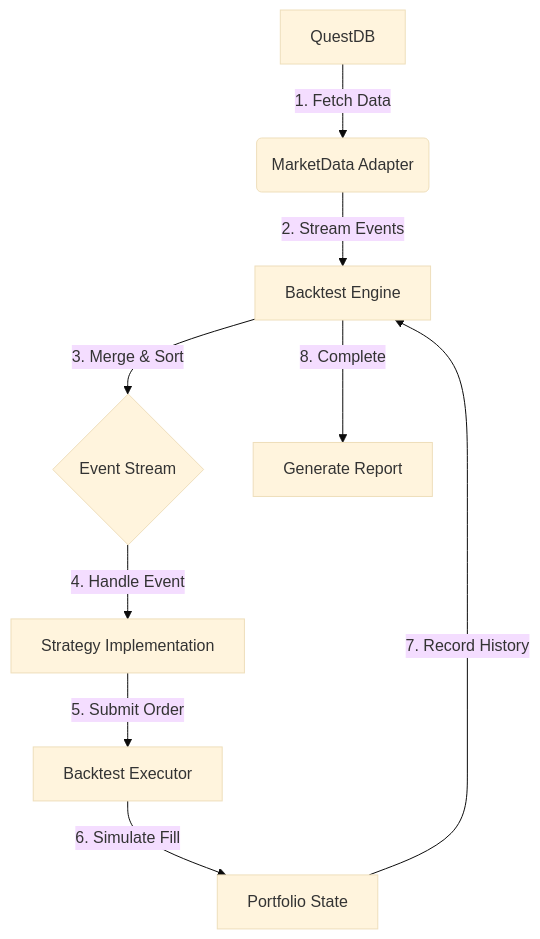
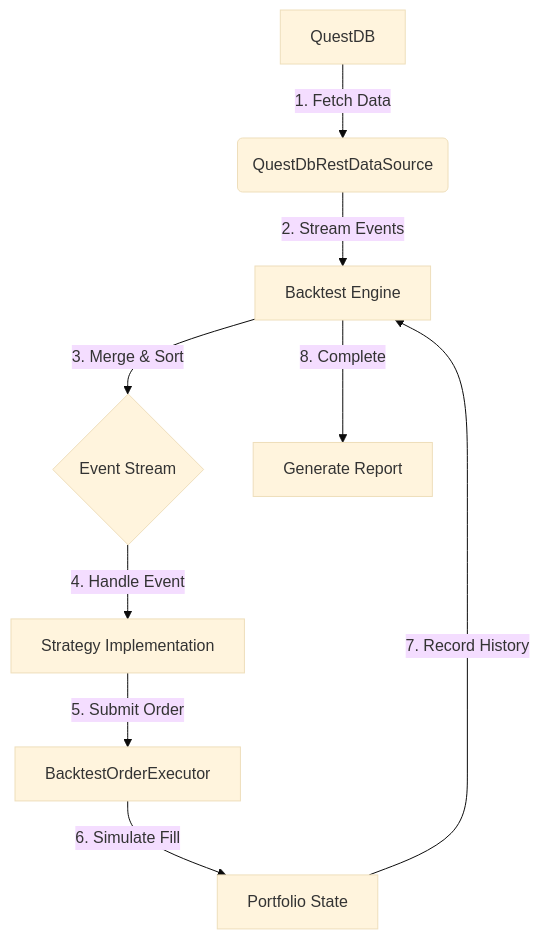
Before and after one commit to juny0955/trading-bot: the second of 3 diagrams in docs/03_data_flow.md, drawn with Mermaid (base theme). The commit also changed other lines of this file and 3 other files, not shown here.

````diff
--- a/docs/03_data_flow.md
+++ b/docs/03_data_flow.md
@@ -52,11 +52,11 @@
 ```mermaid
 flowchart TD
-    A[QuestDB] --"1. Fetch Data"--> B(MarketData Adapter)
+    A[QuestDB] --"1. Fetch Data"--> B(QuestDbRestDataSource)
     B --"2. Stream Events"--> C[Backtest Engine]
     C --"3. Merge & Sort"--> D{Event Stream}
     D --"4. Handle Event"--> E[Strategy Implementation]
-    E --"5. Submit Order"--> F[Backtest Executor]
+    E --"5. Submit Order"--> F[BacktestOrderExecutor]
     F --"6. Simulate Fill"--> G[Portfolio State]
     G --"7. Record History"--> C
     C --"8. Complete"--> H[Generate Report]
 ```
````
